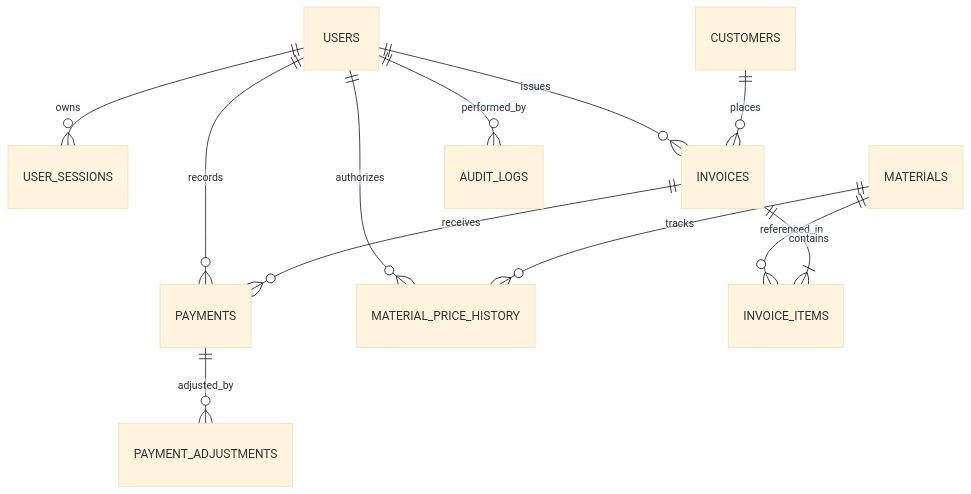
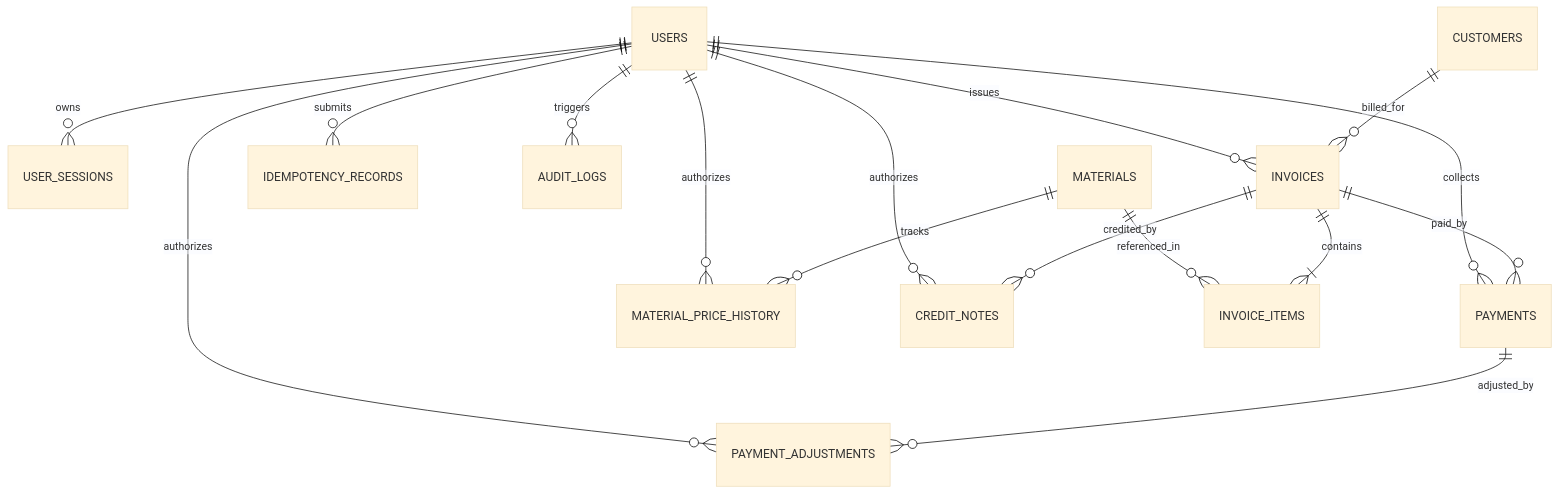
Before and after one commit to thisarasandesh923/NPR-METAL: the diagram in docs/database-design.md, drawn with Mermaid (base theme). The commit also changed other lines of this file and 10 other files, not shown here.

Commit message:
feat(database): add validated PostgreSQL schema and integrity tests

````diff
--- a/docs/database-design.md
+++ b/docs/database-design.md
@@ -20,14 +27,18 @@
 ```mermaid
 erDiagram
     USERS ||--o{ USER_SESSIONS : "owns"
     USERS ||--o{ INVOICES : "issues"
-    USERS ||--o{ PAYMENTS : "records"
+    USERS ||--o{ PAYMENTS : "collects"
     USERS ||--o{ MATERIAL_PRICE_HISTORY : "authorizes"
-    CUSTOMERS ||--o{ INVOICES : "places"
+    USERS ||--o{ PAYMENT_ADJUSTMENTS : "authorizes"
+    USERS ||--o{ CREDIT_NOTES : "authorizes"
+    USERS ||--o{ IDEMPOTENCY_RECORDS : "submits"
+    USERS ||--o{ AUDIT_LOGS : "triggers"
+    CUSTOMERS ||--o{ INVOICES : "billed_for"
     MATERIALS ||--o{ INVOICE_ITEMS : "referenced_in"
     MATERIALS ||--o{ MATERIAL_PRICE_HISTORY : "tracks"
     INVOICES ||--|{ INVOICE_ITEMS : "contains"
-    INVOICES ||--o{ PAYMENTS : "receives"
+    INVOICES ||--o{ PAYMENTS : "paid_by"
+    INVOICES ||--o{ CREDIT_NOTES : "credited_by"
     PAYMENTS ||--o{ PAYMENT_ADJUSTMENTS : "adjusted_by"
-    USERS ||--o{ AUDIT_LOGS : "performed_by"
 ```
````
